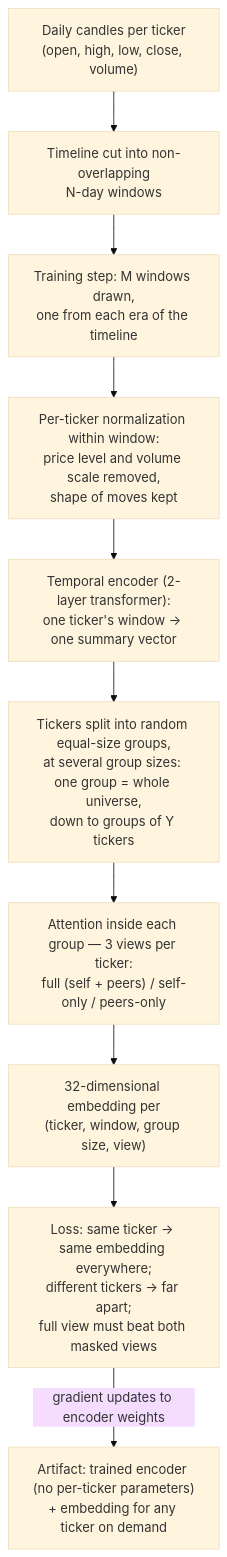
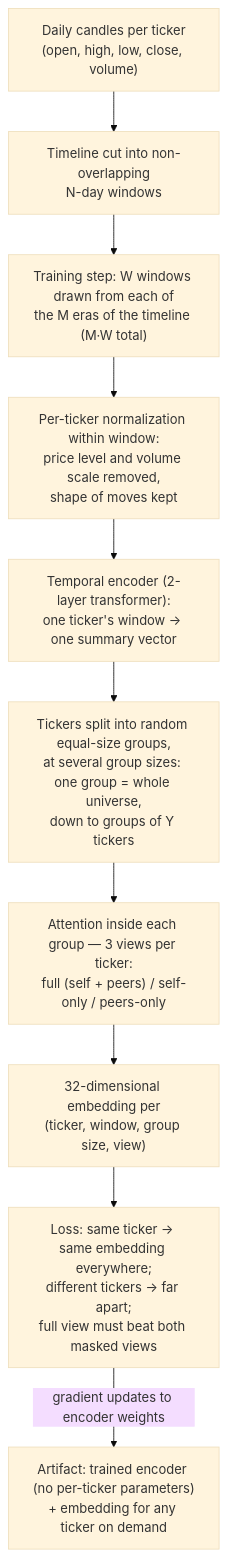
One commit to hpnyaggerman/stonks changed the first of 4 diagrams in stock_identity.md. Above: the diagram before and after it, drawn with Mermaid (base theme). The commit also changed other lines of this file, not shown here.

````diff
--- a/stock_identity.md
+++ b/stock_identity.md
@@ -24,16 +24,16 @@
 ```mermaid
 flowchart TD
     raw["Daily candles per ticker<br/>(open, high, low, close, volume)"]
     win["Timeline cut into non-overlapping<br/>N-day windows"]
-    sample["Training step: M windows drawn,<br/>one from each era of the timeline"]
+    sample["Training step: W windows drawn from each of<br/>the M eras of the timeline (M·W total)"]
     norm["Per-ticker normalization within window:<br/>price level and volume scale removed,<br/>shape of moves kept"]
     temp["Temporal encoder (2-layer transformer):<br/>one ticker's window → one summary vector"]
     grp["Tickers split into random equal-size groups,<br/>at several group sizes: one group = whole universe,<br/>down to groups of Y tickers"]
     att["Attention inside each group — 3 views per ticker:<br/>full (self + peers) / self-only / peers-only"]
     emb["32-dimensional embedding per<br/>(ticker, window, group size, view)"]
     loss["Loss: same ticker → same embedding everywhere;<br/>different tickers → far apart;<br/>full view must beat both masked views"]
     art["Artifact: trained encoder (no per-ticker parameters)<br/>+ embedding for any ticker on demand"]
 
     raw --> win --> sample --> norm --> temp --> grp --> att --> emb --> loss
     loss -->|"gradient updates to encoder weights"| art
 ```
````
